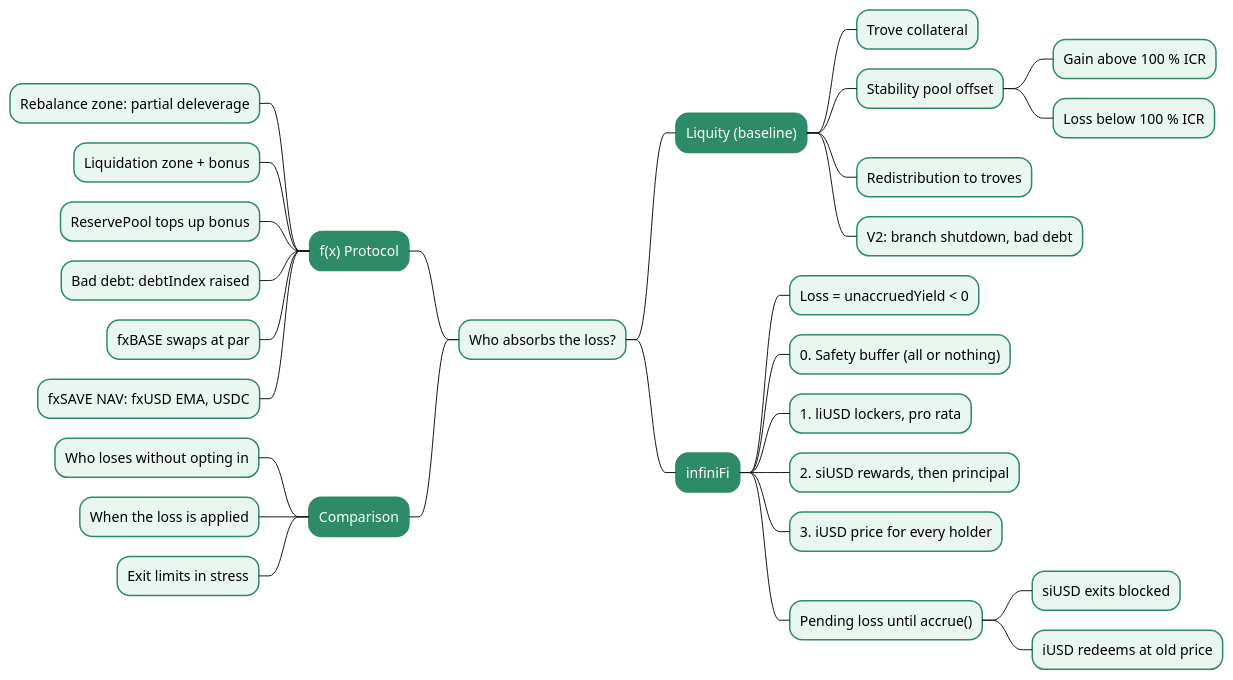
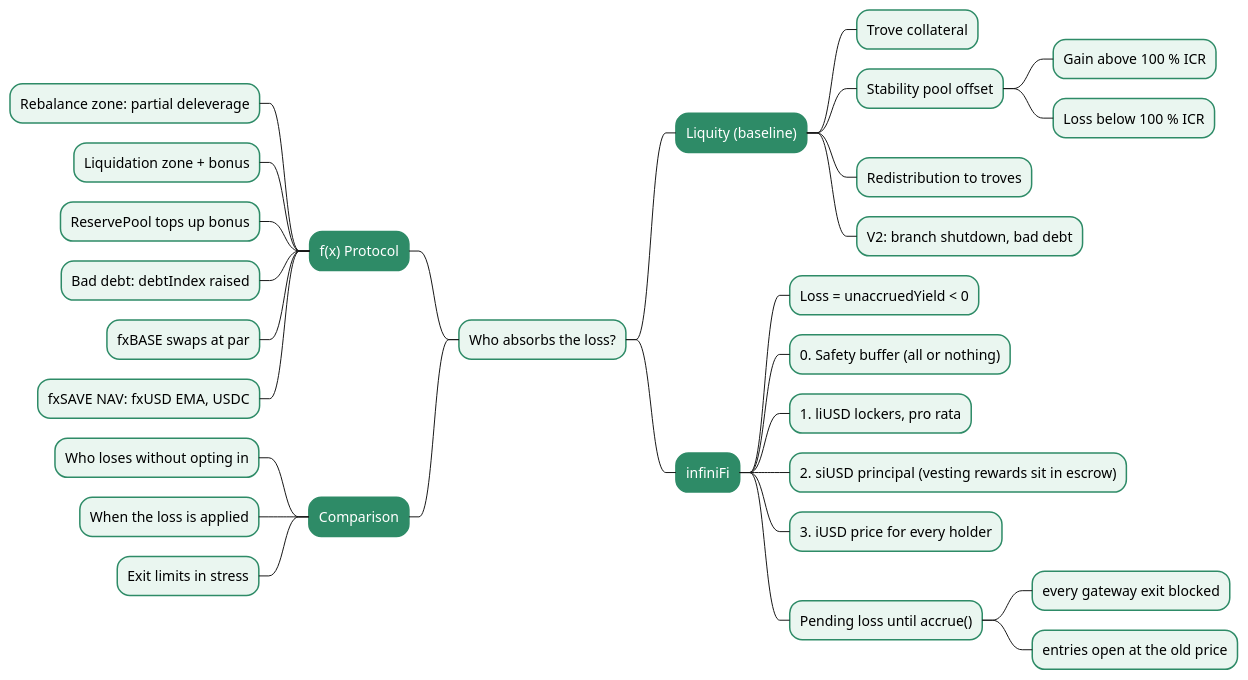
Before and after one commit to rya-sge/access-denied: the diagram in assets/article/blockchain/defi/tranched-stablecoins/2026-11-16-tranched-stablecoins-loss-waterfall-mindmap.puml, drawn with PlantUML. The commit also changed 57 other files, not shown here.

```diff
--- a/assets/article/blockchain/defi/tranched-stablecoins/2026-11-16-tranched-stablecoins-loss-waterfall-mindmap.puml
+++ b/assets/article/blockchain/defi/tranched-stablecoins/2026-11-16-tranched-stablecoins-loss-waterfall-mindmap.puml
@@ -1,43 +1,43 @@
 @startmindmap
 <style>
 mindmapDiagram {
   node {
     BackgroundColor #EAF6F0
     LineColor #2E8B67
   }
   :depth(1) {
     BackgroundColor #2E8B67
     FontColor white
   }
 }
 </style>
 * Who absorbs the loss?
 ** Liquity (baseline)
 *** Trove collateral
 *** Stability pool offset
 **** Gain above 100 % ICR
 **** Loss below 100 % ICR
 *** Redistribution to troves
 *** V2: branch shutdown, bad debt
 ** infiniFi
 *** Loss = unaccruedYield < 0
 *** 0. Safety buffer (all or nothing)
 *** 1. liUSD lockers, pro rata
-*** 2. siUSD rewards, then principal
+*** 2. siUSD principal (vesting rewards sit in escrow)
 *** 3. iUSD price for every holder
 *** Pending loss until accrue()
-**** siUSD exits blocked
-**** iUSD redeems at old price
+**** every gateway exit blocked
+**** entries open at the old price
 left side
 ** f(x) Protocol
 *** Rebalance zone: partial deleverage
 *** Liquidation zone + bonus
 *** ReservePool tops up bonus
 *** Bad debt: debtIndex raised
 *** fxBASE swaps at par
 *** fxSAVE NAV: fxUSD EMA, USDC
 ** Comparison
 *** Who loses without opting in
 *** When the loss is applied
 *** Exit limits in stress
 @endmindmap
```
